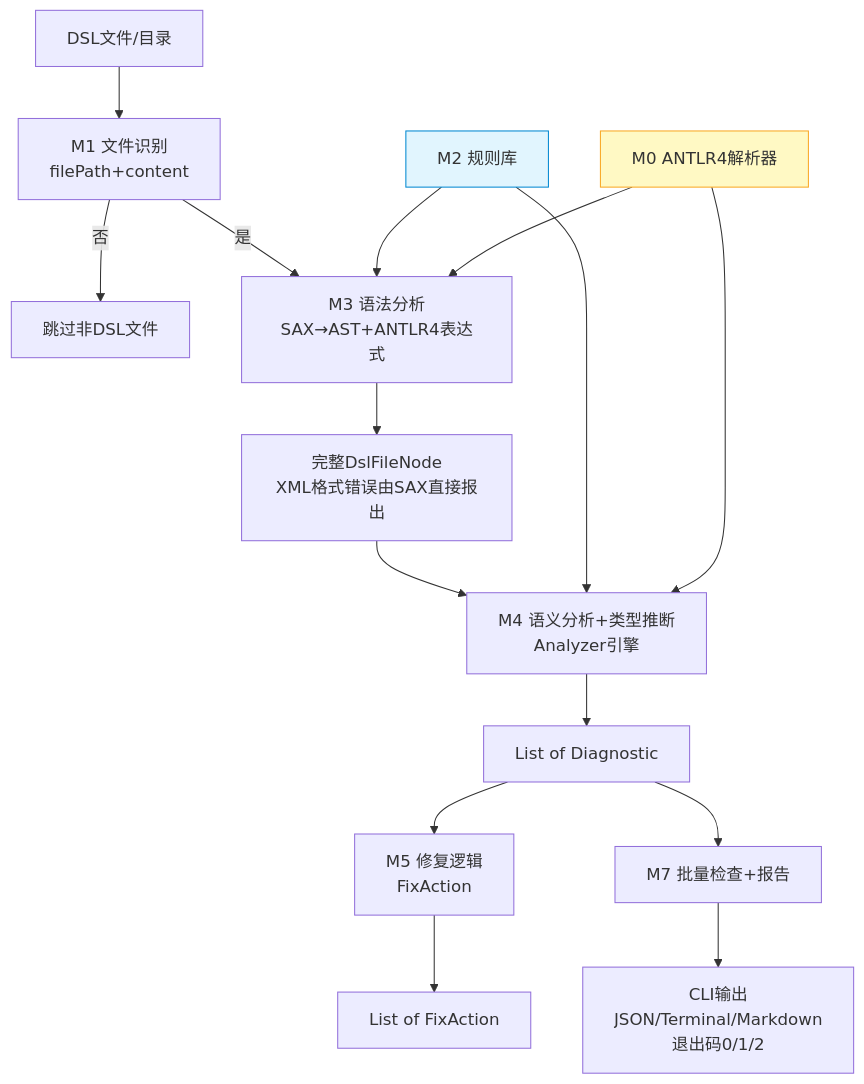
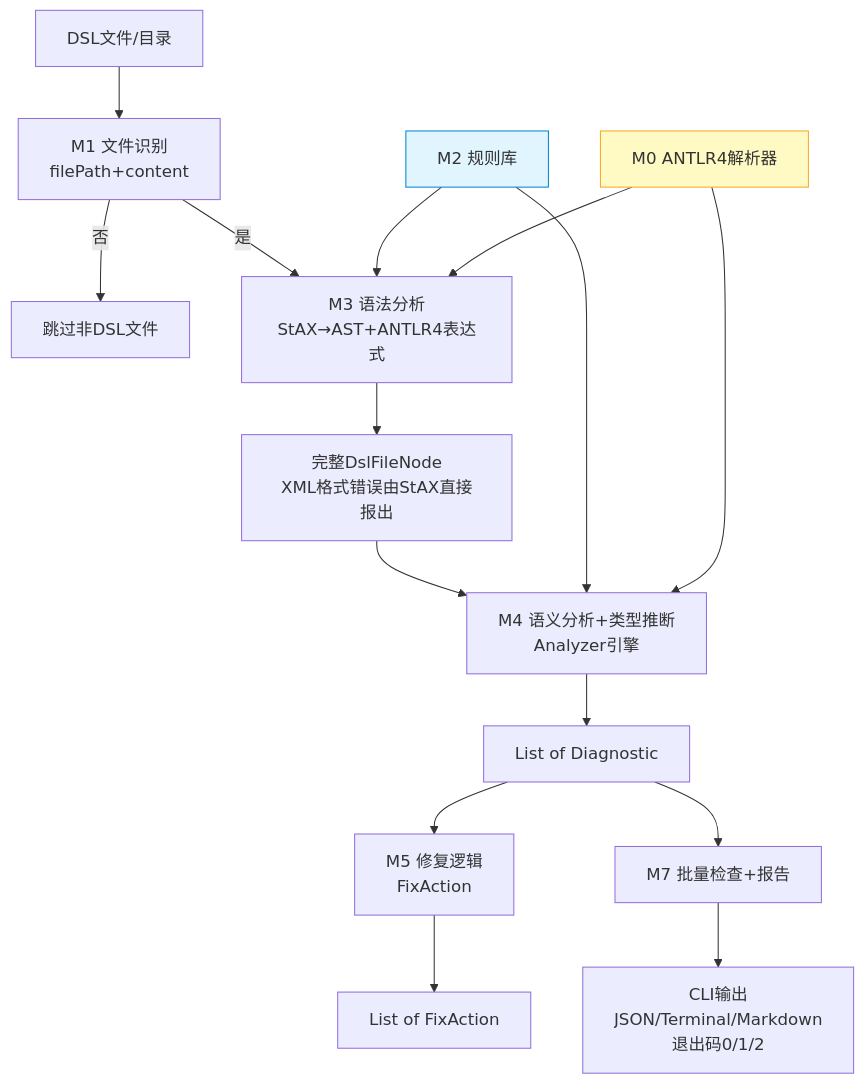
One commit to araragi-koyomin/theme-engine-dsl-static-analyzer changed the second of 3 diagrams in docs/Architecture.md. Above: the diagram before and after it, drawn with Mermaid. The commit also changed other lines of this file and 1 other file, not shown here.

Commit message:
docs: update Architecture + TDD — SAX→StAX, package names, version labels, CLI params

````diff
--- a/docs/Architecture.md
+++ b/docs/Architecture.md
@@ -242,20 +242,20 @@
 ```mermaid
 flowchart TD
     Input[DSL文件/目录] --> M1[M1 文件识别<br/>filePath+content]
     M1 -->|否| Skip[跳过非DSL文件]
-    M1 -->|是| M3[M3 语法分析<br/>SAX→AST+ANTLR4表达式]
-    M3 --> AST[完整DslFileNode<br/>XML格式错误由SAX直接报出]
+    M1 -->|是| M3[M3 语法分析<br/>StAX→AST+ANTLR4表达式]
+    M3 --> AST[完整DslFileNode<br/>XML格式错误由StAX直接报出]
     AST --> M4[M4 语义分析+类型推断<br/>Analyzer引擎]
     M2[M2 规则库] --> M3
     M2 --> M4
     M0[M0 ANTLR4解析器] --> M3
     M0 --> M4
     M4 --> Diag[List of Diagnostic]
     Diag --> M5[M5 修复逻辑<br/>FixAction]
     Diag --> M7[M7 批量检查+报告]
     M5 --> Fix[List of FixAction]
     M7 --> Output[CLI输出<br/>JSON/Terminal/Markdown<br/>退出码0/1/2]
 
     style M2 fill:#e1f5fe,stroke:#0288d1
     style M0 fill:#fff9c4,stroke:#f9a825
 ```
````
